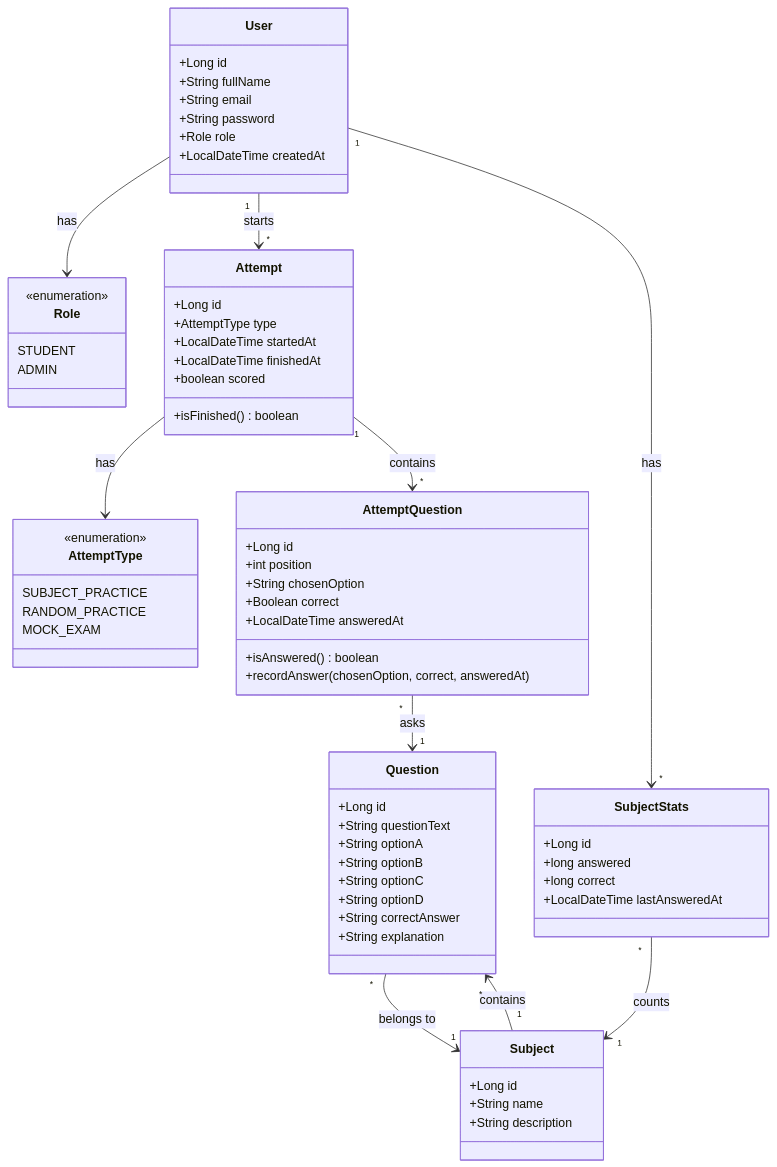
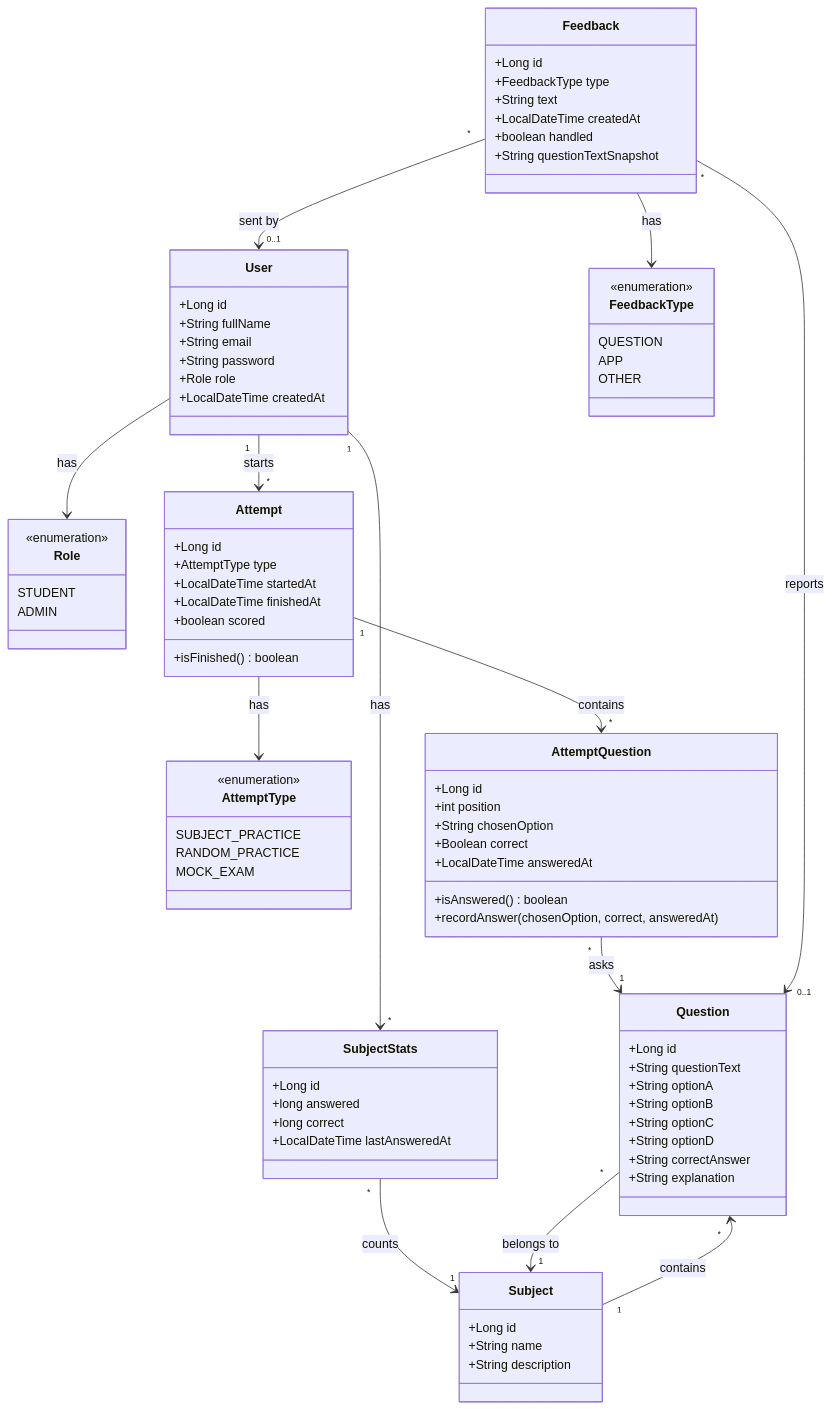
The diagram in docs/Design/UML-Class-Diagram.md (Hunter-Theory-Examination-Jagarexamen/hunter-exam-trainer), drawn with Mermaid before and after one commit. The commit also changed 3 other files, not shown here.

First line of the commit message:
docs: feedback in the ER and class diagrams, UI flow and SRS (#140)

````diff
--- a/docs/Design/UML-Class-Diagram.md
+++ b/docs/Design/UML-Class-Diagram.md
@@ -68,6 +68,22 @@
     +LocalDateTime lastAnsweredAt
 }
 
+class Feedback {
+    +Long id
+    +FeedbackType type
+    +String text
+    +LocalDateTime createdAt
+    +boolean handled
+    +String questionTextSnapshot
+}
+
+class FeedbackType {
+    <<enumeration>>
+    QUESTION
+    APP
+    OTHER
+}
+
     User --> Role : has 
     User "1" --> "*" Attempt : starts
     Attempt --> AttemptType : has
@@ -77,4 +93,7 @@
     SubjectStats "*" --> "1" Subject : counts
     Subject "1" --> "*" Question : contains 
     Question "*" --> "1" Subject : belongs to
+    Feedback --> FeedbackType : has
+    Feedback "*" --> "0..1" User : sent by
+    Feedback "*" --> "0..1" Question : reports
 ```
````
